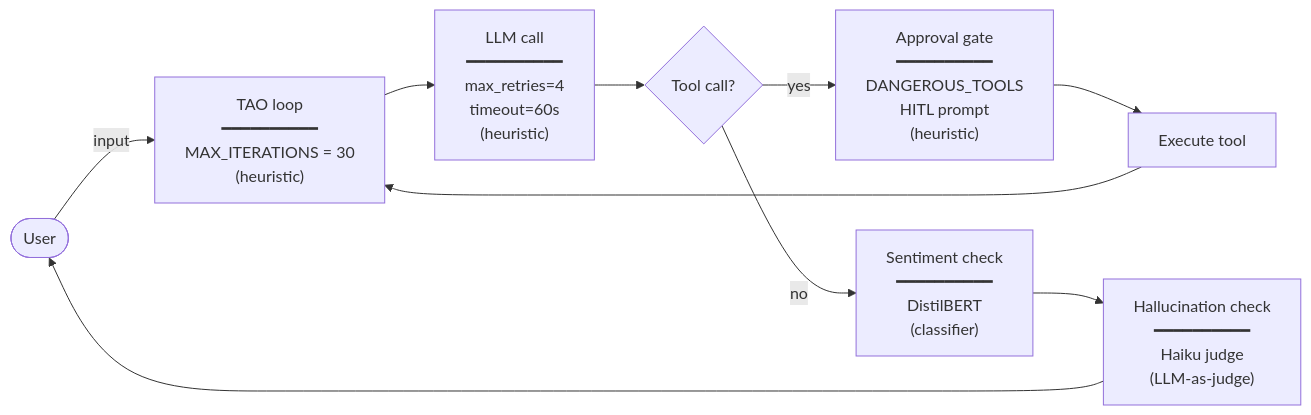
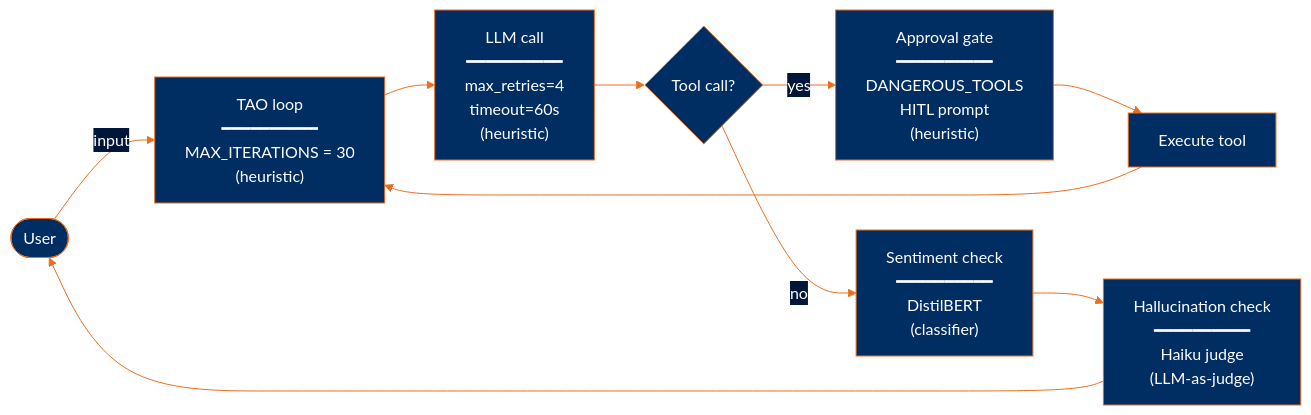
One commit to averagejoeslab/building-agents changed the diagram in modules/07-add-guardrails/README.md. Above: the diagram before and after it, drawn with Mermaid. The commit also changed 5 other files, not shown here.

First line of the commit message:
docs: theme all mermaid diagrams with the Astros palette

````diff
--- a/modules/07-add-guardrails/README.md
+++ b/modules/07-add-guardrails/README.md
@@ -359,19 +359,20 @@
 ```mermaid
+%%{init: {'theme':'base', 'themeVariables': {'primaryColor':'#002D62','primaryBorderColor':'#EB6E1F','primaryTextColor':'#FFFFFF','lineColor':'#EB6E1F','secondaryColor':'#002D62','tertiaryColor':'#001638','edgeLabelBackground':'#001638','clusterBkg':'#002D62','clusterBorder':'#EB6E1F'}}}%%
 flowchart LR
     User([User])
     User -- input --> Loop
 
     Loop["TAO loop<br/>━━━━━━━━━━<br/>MAX_ITERATIONS = 30<br/>(heuristic)"]
     Loop --> LLM
 
     LLM["LLM call<br/>━━━━━━━━━━<br/>max_retries=4<br/>timeout=60s<br/>(heuristic)"]
     LLM --> Branch{Tool call?}
 
     Branch -- yes --> Approve["Approval gate<br/>━━━━━━━━━━<br/>DANGEROUS_TOOLS<br/>HITL prompt<br/>(heuristic)"]
     Approve --> Exec[Execute tool]
     Exec --> Loop
 
     Branch -- no --> Sentiment["Sentiment check<br/>━━━━━━━━━━<br/>DistilBERT<br/>(classifier)"]
     Sentiment --> Hall["Hallucination check<br/>━━━━━━━━━━<br/>Haiku judge<br/>(LLM-as-judge)"]
     Hall --> User
 ```
````
